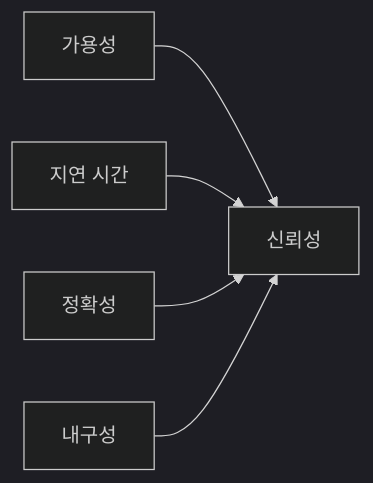
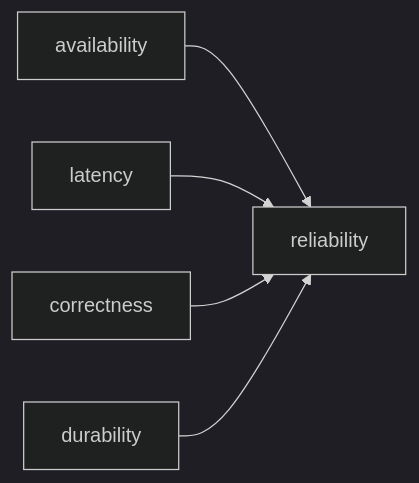
The diagram in content/sre-101/ko/02-reliability.md (yeongseon-books/book-content), drawn with Mermaid (dark theme) before and after one commit. The commit also changed other lines of this file and 9 other files, not shown here.

````diff
--- a/content/sre-101/ko/02-reliability.md
+++ b/content/sre-101/ko/02-reliability.md
@@ -47,7 +53,7 @@
 ```mermaid
 flowchart LR
-    Avail["가용성"] --> R["신뢰성"]
-    Lat["지연 시간"] --> R
-    Corr["정확성"] --> R
-    Dur["내구성"] --> R
+    Avail["availability"] --> R["reliability"]
+    Lat["latency"] --> R
+    Corr["correctness"] --> R
+    Dur["durability"] --> R
 ```
````
